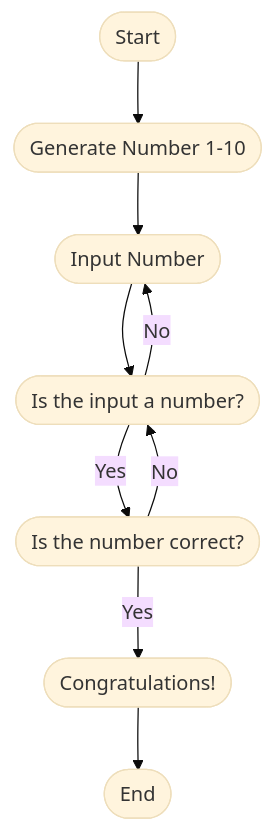
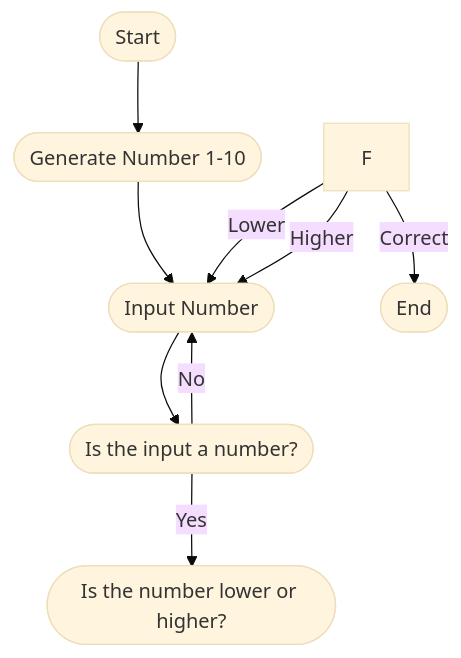
Before and after one commit to Wil134/Wil134.github.io: the diagram in Guessing.md, drawn with Mermaid (base theme). The commit also changed other lines of this file, not shown here.

````diff
--- a/Guessing.md
+++ b/Guessing.md
@@ -2,11 +2,11 @@
 ```mermaid
 flowchart TD;
 A([Start]) --> B([Generate Number 1-10])
 B --> C([Input Number])
 C --> D([Is the input a number?])
 D -- No --> C
-D -- Yes --> E([Is the number correct?])
-E -- No --> D
-E -- Yes --> F([Congratulations!])
-F --> G([End])
+D -- Yes --> E([Is the number lower or higher?])
+F -- Lower --> C
+F -- Higher --> C
+F -- Correct --> G([End])
 ```
````
